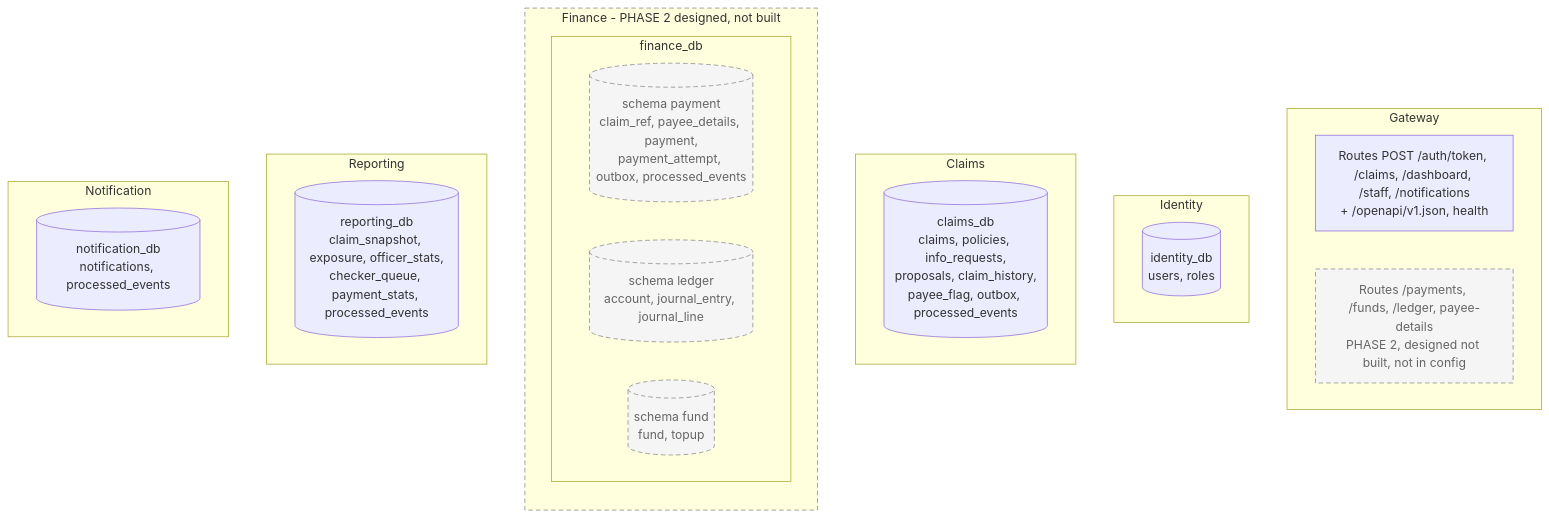
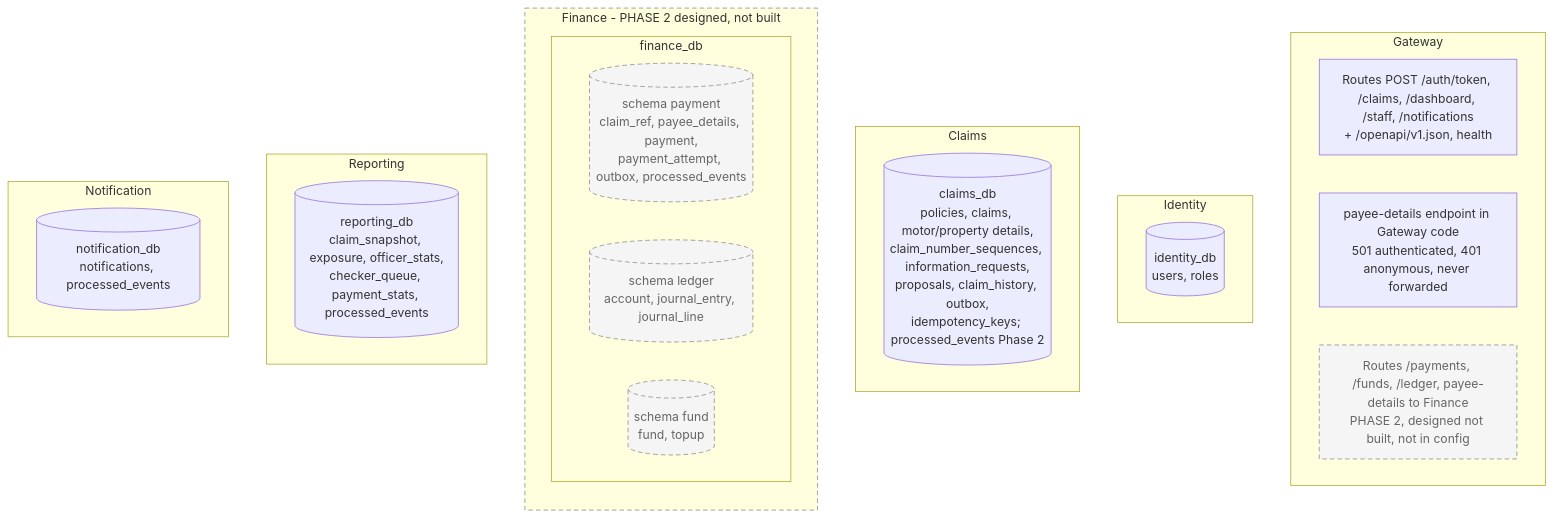
Before and after one commit to ZaimOmar/ChubbBackEnd: the second of 10 diagrams in docs/architecture/ARCHITECTURE.md, drawn with Mermaid. The commit also changed other lines of this file and 20 other files, not shown here.

Commit message:
docs: add idempotency rules, Claims specs, ADR-009/010 and phase 1 focus

````diff
--- a/docs/architecture/ARCHITECTURE.md
+++ b/docs/architecture/ARCHITECTURE.md
@@ -64,30 +64,31 @@
 ```mermaid
 flowchart TB
     subgraph Gateway
         g1[Routes POST /auth/token, /claims, /dashboard, /staff, /notifications<br/>+ /openapi/v1.json, health]
-        g2[Routes /payments, /funds, /ledger, payee-details<br/>PHASE 2, designed not built, not in config]
+        g3[payee-details endpoint in Gateway code<br/>501 authenticated, 401 anonymous, never forwarded]
+        g2[Routes /payments, /funds, /ledger, payee-details to Finance<br/>PHASE 2, designed not built, not in config]
     end
     subgraph Identity
         i1[(identity_db<br/>users, roles)]
     end
     subgraph Claims
-        c1[(claims_db<br/>claims, policies, info_requests,<br/>proposals, claim_history,<br/>payee_flag, outbox, processed_events)]
+        c1[(claims_db<br/>policies, claims, motor/property details,<br/>claim_number_sequences, information_requests,<br/>proposals, claim_history, outbox,<br/>idempotency_keys; processed_events Phase 2)]
     end
     subgraph Finance[Finance - PHASE 2 designed, not built]
         direction TB
         subgraph FinanceDB[finance_db]
             f1[(schema payment<br/>claim_ref, payee_details, payment,<br/>payment_attempt, outbox, processed_events)]
             f2[(schema ledger<br/>account, journal_entry, journal_line)]
             f3[(schema fund<br/>fund, topup)]
         end
     end
     subgraph Reporting
         r1[(reporting_db<br/>claim_snapshot, exposure, officer_stats,<br/>checker_queue, payment_stats, processed_events)]
     end
     subgraph Notification
         n1[(notification_db<br/>notifications, processed_events)]
     end
     classDef p2 stroke-dasharray: 6 4,stroke:#888,color:#666,fill:#f5f5f5
     class f1,f2,f3,g2 p2
     style Finance stroke-dasharray: 6 4,stroke:#888
 ```
````
